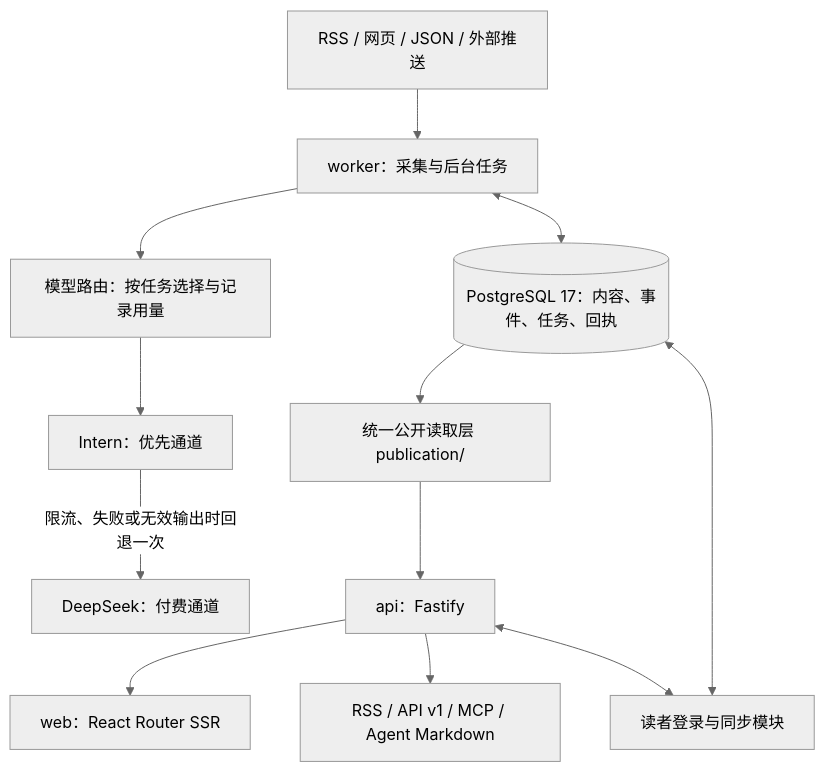
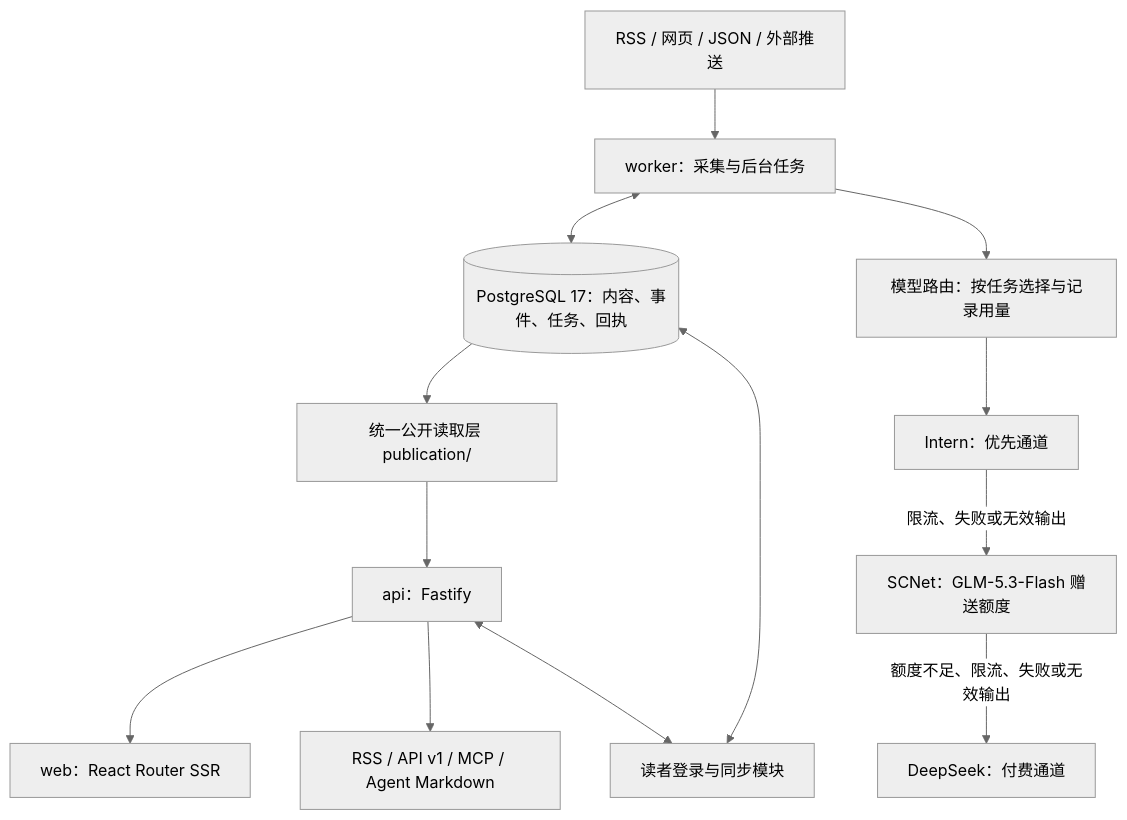
One commit to skynet2000/changji-observer changed the diagram in README.md. Above: the diagram before and after it, drawn with Mermaid (neutral theme). The commit also changed other lines of this file and 12 other files, not shown here.

Commit message:
Add SCNet GLM quota fallback before paid DeepSeek

````diff
--- a/README.md
+++ b/README.md
@@ -63,14 +63,15 @@
 ```mermaid
 flowchart TB
   Sources["RSS / 网页 / JSON / 外部推送"] --> Worker["worker：采集与后台任务"]
   Worker <--> DB[("PostgreSQL 17：内容、事件、任务、回执")]
   Worker --> Router["模型路由：按任务选择与记录用量"]
   Router --> Free["Intern：优先通道"]
-  Free -->|"限流、失败或无效输出时回退一次"| Paid["DeepSeek：付费通道"]
+  Free -->|"限流、失败或无效输出"| Quota["SCNet：GLM-5.3-Flash 赠送额度"]
+  Quota -->|"额度不足、限流、失败或无效输出"| Paid["DeepSeek：付费通道"]
   DB --> Publication["统一公开读取层 publication/"]
   Publication --> API["api：Fastify"]
   API --> Web["web：React Router SSR"]
   API --> Exits["RSS / API v1 / MCP / Agent Markdown"]
   Reader["读者登录与同步模块"] <--> DB
   API <--> Reader
 ```
````
